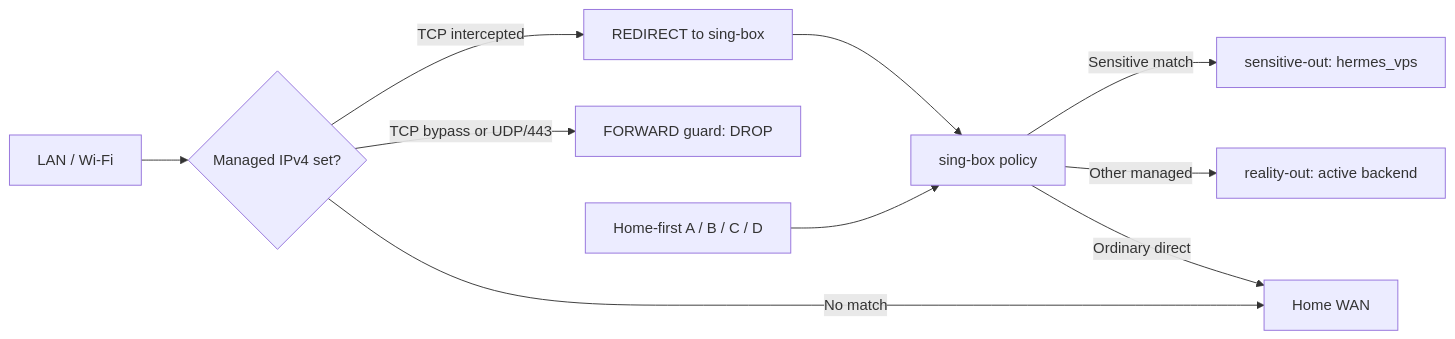
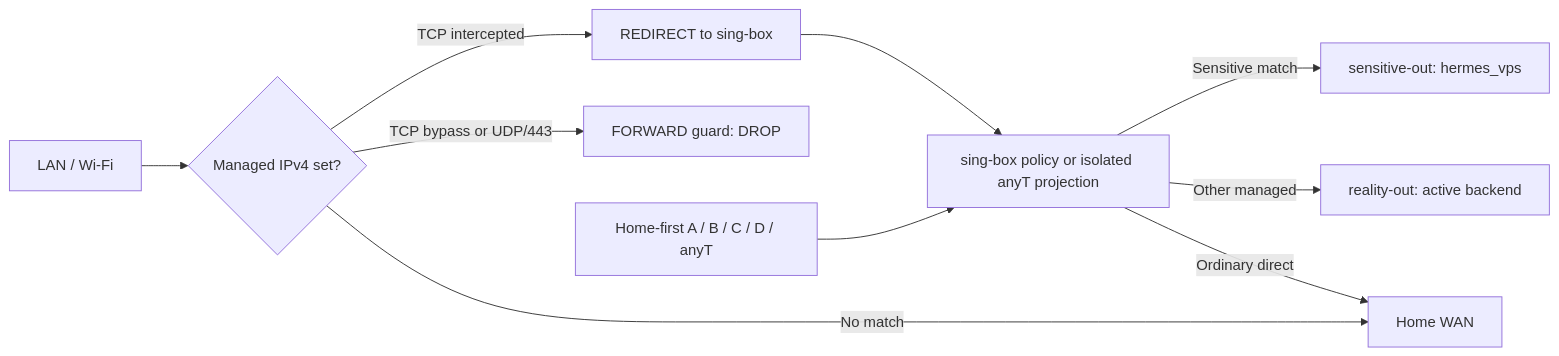
Before and after one commit to eiler2005/ghostroute: the second of 2 diagrams in modules/routing-core/docs/sensitive-sites-mode.md, drawn with Mermaid. The commit also changed other lines of this file, not shown here.

Commit message:
docs: cover anyT projection in selected application egress trials

````diff
--- a/modules/routing-core/docs/sensitive-sites-mode.md
+++ b/modules/routing-core/docs/sensitive-sites-mode.md
@@ -29,12 +29,12 @@
 ```mermaid
 flowchart LR
   lan[LAN / Wi-Fi] --> sets{Managed IPv4 set?}
   sets -->|TCP intercepted| redirect[REDIRECT to sing-box]
   sets -->|TCP bypass or UDP/443| guard[FORWARD guard: DROP]
   sets -->|No match| home[Home WAN]
-  mobile[Home-first A / B / C / D] --> policy[sing-box policy]
+  mobile[Home-first A / B / C / D / anyT] --> policy[sing-box policy or isolated anyT projection]
   redirect --> policy
   policy -->|Sensitive match| sensitive[sensitive-out: hermes_vps]
   policy -->|Other managed| managed[reality-out: active backend]
   policy -->|Ordinary direct| home
 ```
````
